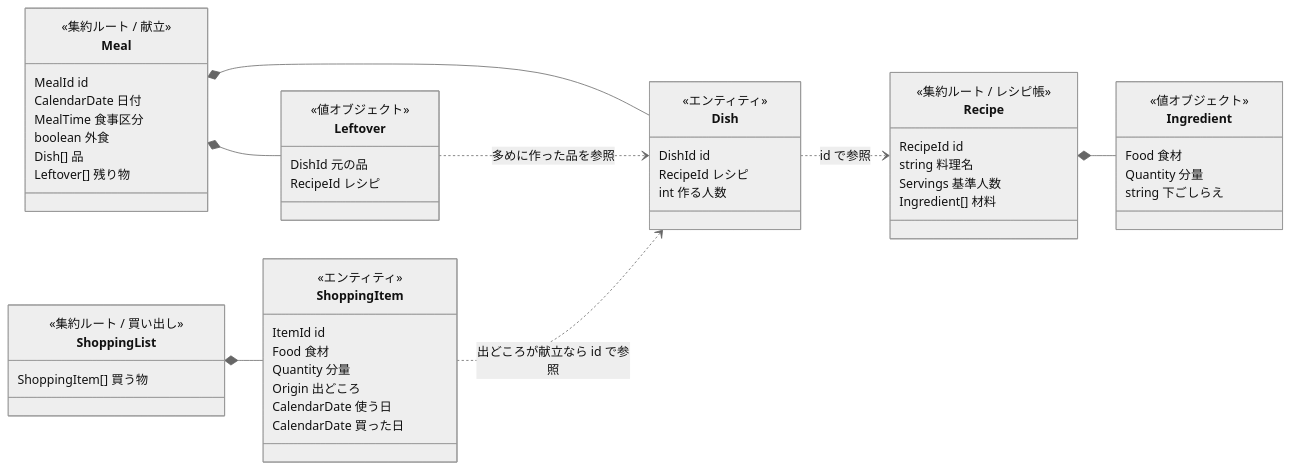
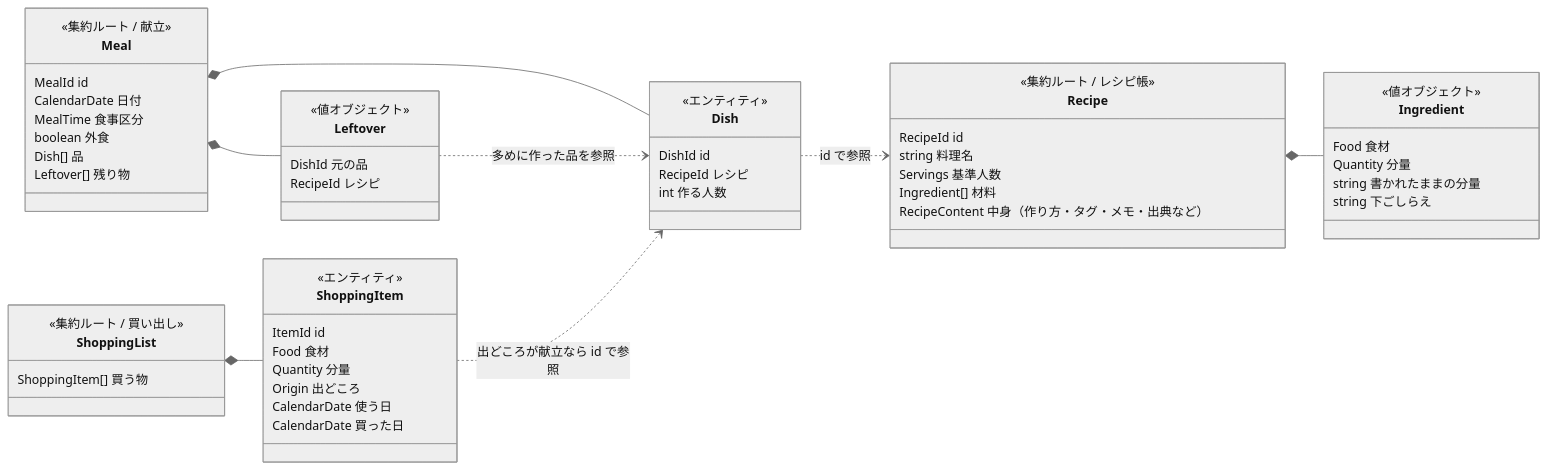
The diagram in docs/domain/domain-model.md (masaya722/cook-share), drawn with Mermaid (neutral theme) before and after one commit. The commit also changed other lines of this file and 15 other files, not shown here.

````diff
--- a/docs/domain/domain-model.md
+++ b/docs/domain/domain-model.md
@@ -8,57 +8,59 @@
 ```mermaid
 classDiagram
   direction LR
   class Recipe {
     <<集約ルート / レシピ帳>>
     RecipeId id
     string 料理名
     Servings 基準人数
     Ingredient[] 材料
+    RecipeContent 中身（作り方・タグ・メモ・出典など）
   }
   class Ingredient {
     <<値オブジェクト>>
     Food 食材
     Quantity 分量
+    string 書かれたままの分量
     string 下ごしらえ
   }
   class Meal {
     <<集約ルート / 献立>>
     MealId id
     CalendarDate 日付
     MealTime 食事区分
     boolean 外食
     Dish[] 品
     Leftover[] 残り物
   }
   class Dish {
     <<エンティティ>>
     DishId id
     RecipeId レシピ
     int 作る人数
   }
   class Leftover {
     <<値オブジェクト>>
     DishId 元の品
     RecipeId レシピ
   }
   class ShoppingList {
     <<集約ルート / 買い出し>>
     ShoppingItem[] 買う物
   }
   class ShoppingItem {
     <<エンティティ>>
     ItemId id
     Food 食材
     Quantity 分量
     Origin 出どころ
     CalendarDate 使う日
     CalendarDate 買った日
   }
   Recipe *-- Ingredient
   Meal *-- Dish
   Meal *-- Leftover
   Leftover ..> Dish : 多めに作った品を参照
   Dish ..> Recipe : id で参照
   ShoppingList *-- ShoppingItem
   ShoppingItem ..> Dish : 出どころが献立なら id で参照
 ```
````
